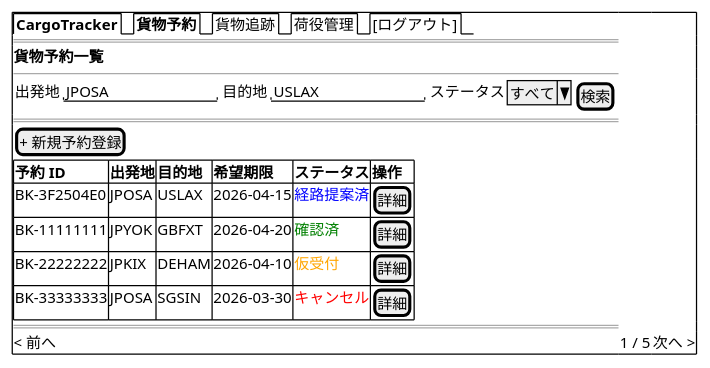
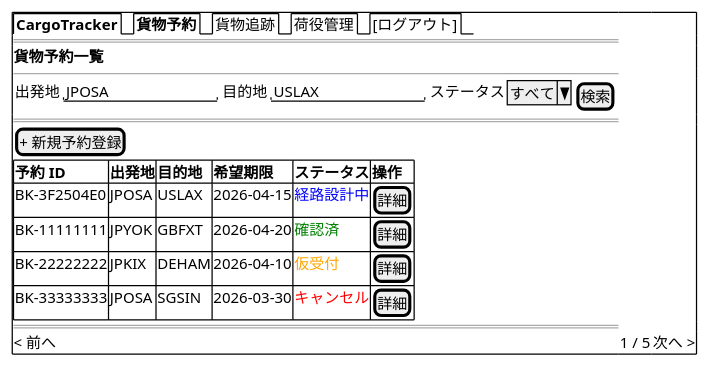
Before and after one commit to k2works/case-study-cargo-tracker: the eighth of 21 diagrams in docs/design/ui_design.md, drawn with PlantUML. The commit also changed other lines of this file and 14 other files, not shown here.

````diff
--- a/docs/design/ui_design.md
+++ b/docs/design/ui_design.md
@@ -562,24 +562,24 @@
 ```plantuml
 @startsalt
 {+
   {/ <b>CargoTracker</b> | <b>貨物予約</b> | 貨物追跡 | 荷役管理 | [ログアウト] }
   ==
   <b>貨物予約一覧</b>
   --
   {
     出発地 | "JPOSA          " | 目的地 | "USLAX          " | ステータス | ^すべて^ | [検索]
   }
   ==
   [+ 新規予約登録]
   {#
     **予約 ID** | **出発地** | **目的地** | **希望期限** | **ステータス** | **操作**
-    BK-3F2504E0  | JPOSA      | USLAX      | 2026-04-15    | <color:blue>経路提案済</color> | [詳細]
+    BK-3F2504E0  | JPOSA      | USLAX      | 2026-04-15    | <color:blue>経路設計中</color> | [詳細]
     BK-11111111  | JPYOK      | GBFXT      | 2026-04-20    | <color:green>確認済</color> | [詳細]
     BK-22222222  | JPKIX      | DEHAM      | 2026-04-10    | <color:orange>仮受付</color> | [詳細]
     BK-33333333  | JPOSA      | SGSIN      | 2026-03-30    | <color:red>キャンセル</color> | [詳細]
   }
   ==
   < 前へ | 1 / 5 | 次へ >
 }
 @endsalt
 ```
````
